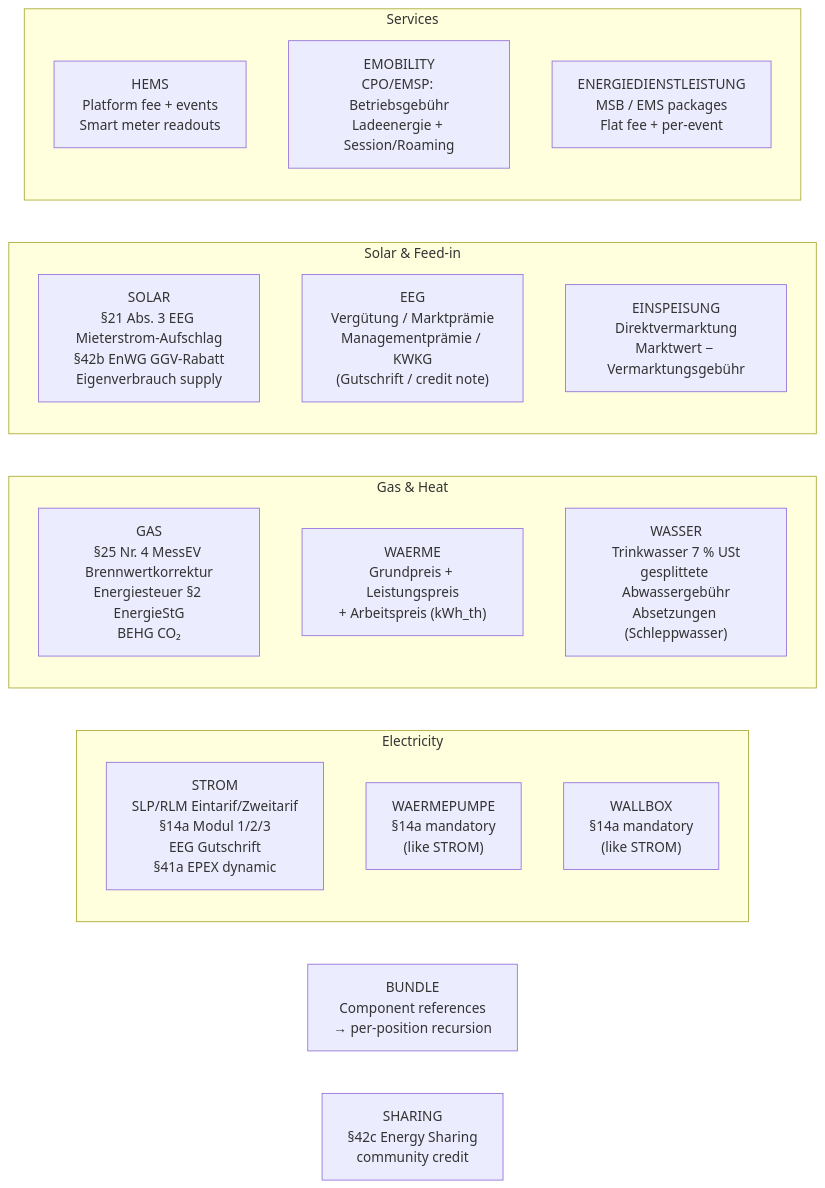
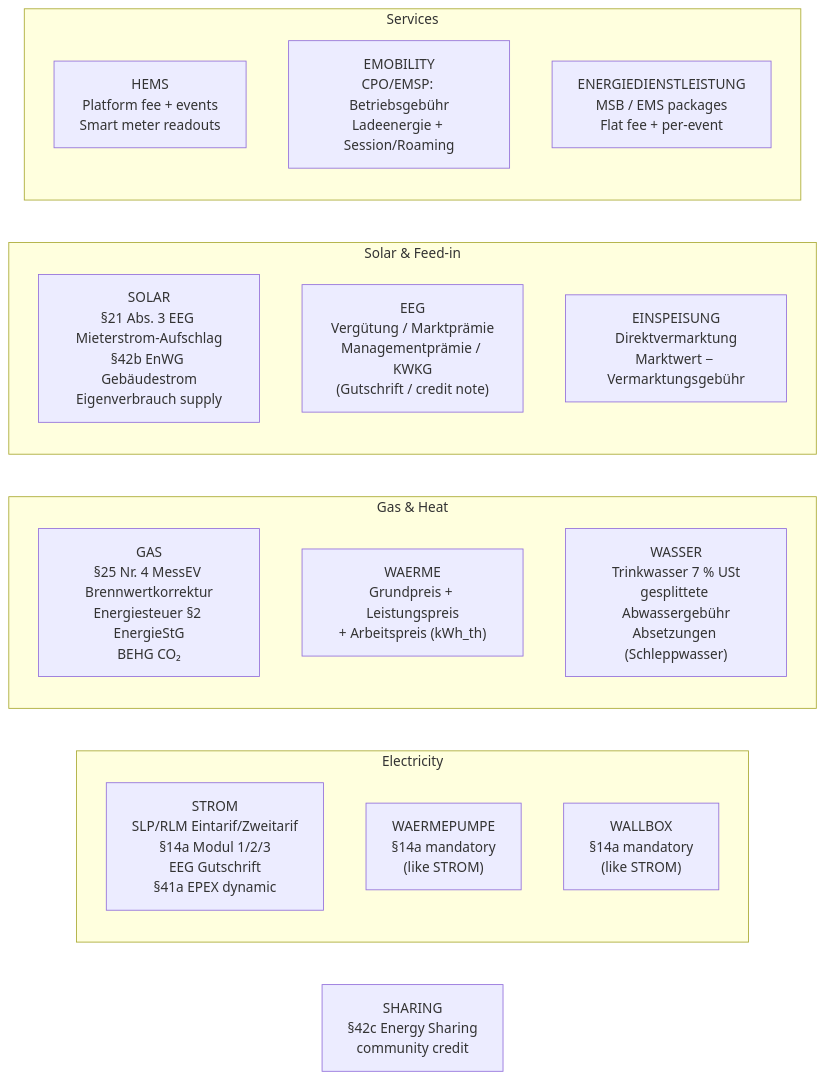
The second of 4 diagrams in site/content/docs/services/billingd.md (hupe1980/mako), drawn with Mermaid before and after one commit. The commit also changed other lines of this file and 48 other files, not shown here.

````diff
--- a/site/content/docs/services/billingd.md
+++ b/site/content/docs/services/billingd.md
@@ -112,25 +112,24 @@
 ```mermaid
 graph LR
     subgraph energy [Electricity]
         STROM["STROM<br/>SLP/RLM Eintarif/Zweitarif<br/>§14a Modul 1/2/3<br/>EEG Gutschrift<br/>§41a EPEX dynamic"]
         WP["WAERMEPUMPE<br/>§14a mandatory<br/>(like STROM)"]
         WB["WALLBOX<br/>§14a mandatory<br/>(like STROM)"]
     end
     subgraph heat_gas ["Gas & Heat"]
         GAS["GAS<br/>§25 Nr. 4 MessEV Brennwertkorrektur<br/>Energiesteuer §2 EnergieStG<br/>BEHG CO₂"]
         WAERME["WAERME<br/>Grundpreis + Leistungspreis<br/>+ Arbeitspreis (kWh_th)"]
         WASSER["WASSER<br/>Trinkwasser 7 % USt<br/>gesplittete Abwassergebühr<br/>Absetzungen (Schleppwasser)"]
     end
     subgraph solar_eeg ["Solar & Feed-in"]
-        SOLAR["SOLAR<br/>§21 Abs. 3 EEG Mieterstrom-Aufschlag<br/>§42b EnWG GGV-Rabatt<br/>Eigenverbrauch supply"]
+        SOLAR["SOLAR<br/>§21 Abs. 3 EEG Mieterstrom-Aufschlag<br/>§42b EnWG Gebäudestrom<br/>Eigenverbrauch supply"]
         EEG["EEG<br/>Vergütung / Marktprämie<br/>Managementprämie / KWKG<br/>(Gutschrift / credit note)"]
         EINSP["EINSPEISUNG<br/>Direktvermarktung<br/>Marktwert − Vermarktungsgebühr"]
     end
     subgraph services [Services]
         HEMS["HEMS<br/>Platform fee + events<br/>Smart meter readouts"]
         EMOB["EMOBILITY<br/>CPO/EMSP: Betriebsgebühr<br/>Ladeenergie + Session/Roaming"]
         EDL["ENERGIEDIENSTLEISTUNG<br/>MSB / EMS packages<br/>Flat fee + per-event"]
     end
-    BUNDLE["BUNDLE<br/>Component references<br/>→ per-position recursion"]
     SHARING["SHARING<br/>§42c Energy Sharing<br/>community credit"]
 ```
````
